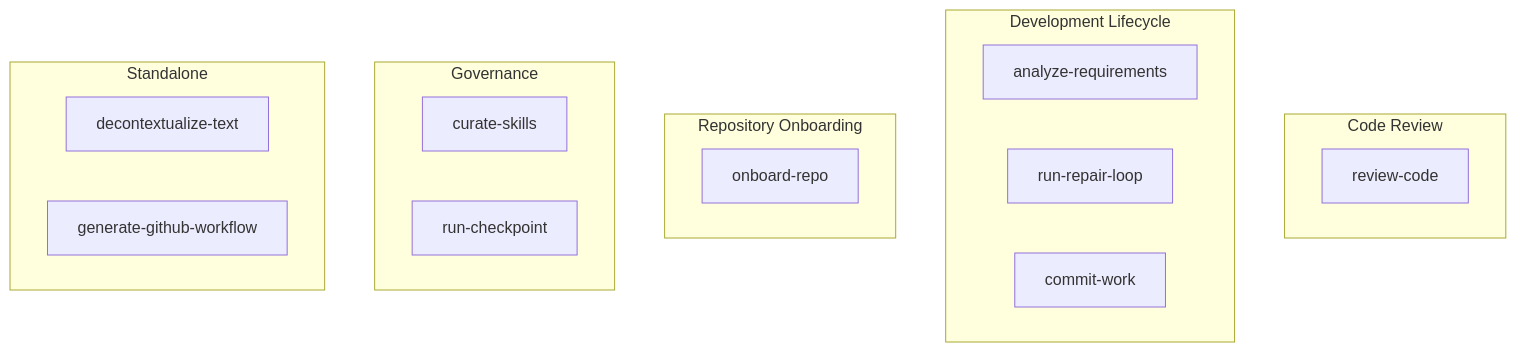
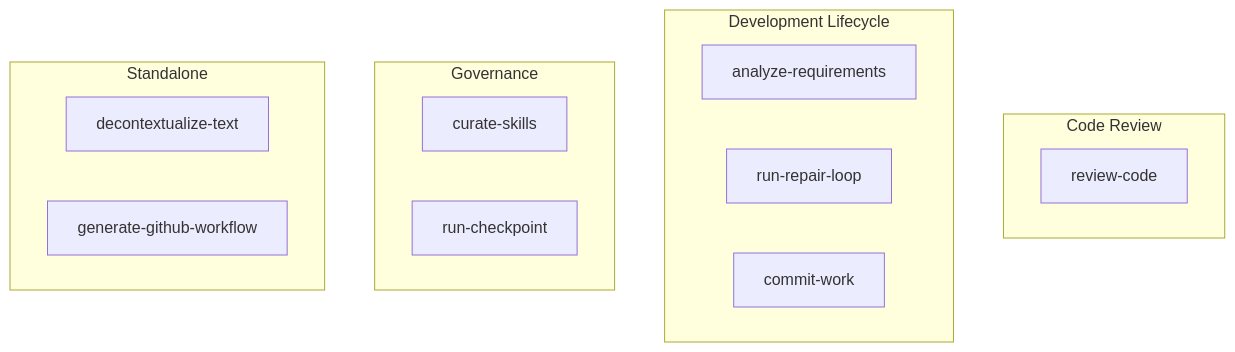
The first of 5 diagrams in skills/skillgraph.md (nesnilnehc/ai-cortex), drawn with Mermaid before and after one commit. The commit also changed other lines of this file and 125 other files, not shown here.

````diff
--- a/skills/skillgraph.md
+++ b/skills/skillgraph.md
@@ -21,22 +20,19 @@
 ```mermaid
 flowchart TB
   subgraph review [Code Review]
     rc[review-code]
   end
   subgraph lifecycle [Development Lifecycle]
     req[analyze-requirements]
     repair[run-repair-loop]
     commit[commit-work]
   end
-  subgraph onboarding [Repository Onboarding]
-    onboard[onboard-repo]
-  end
   subgraph governance [Governance]
     curate[curate-skills]
     loop[run-checkpoint]
   end
   subgraph standalone [Standalone]
     dectx[decontextualize-text]
     gwf[generate-github-workflow]
   end
 ```
````
